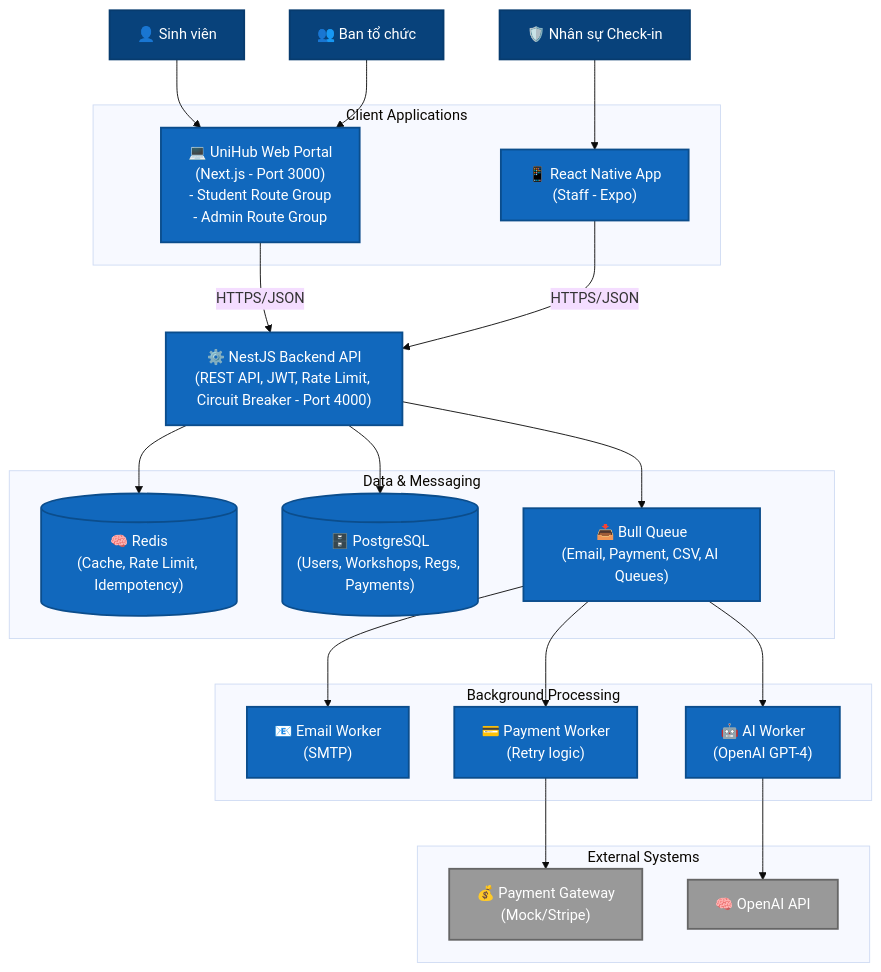
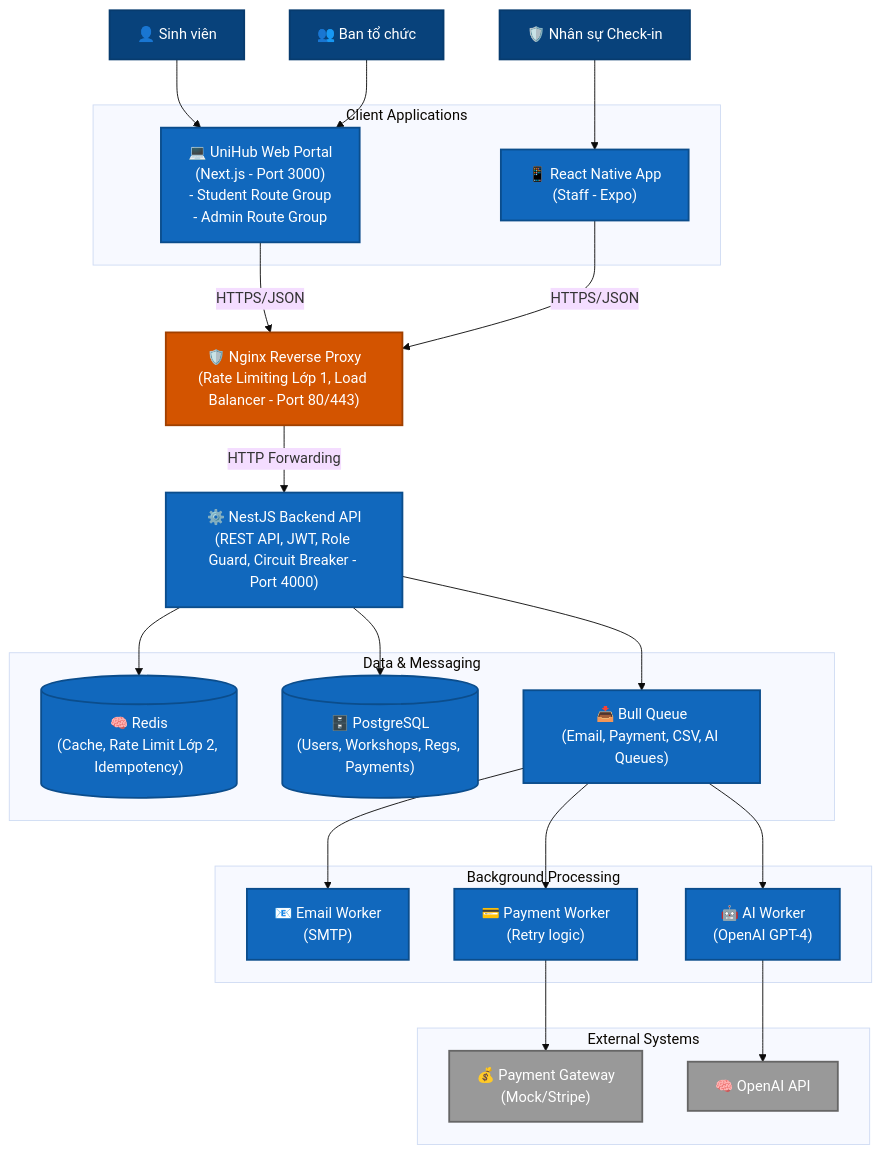
Before and after one commit to Hoang105205/UniHub-Workshop: the second of 4 diagrams in blueprint/design.md, drawn with Mermaid (base theme). The commit also changed other lines of this file and 1 other file, not shown here.

````diff
--- a/blueprint/design.md
+++ b/blueprint/design.md
@@ -101,60 +101,66 @@
 ```mermaid
 graph TD
     %% Định nghĩa Class màu sắc (C4 Standard)
     classDef person fill:#08427b,stroke:#073b6e,color:#ffffff,stroke-width:2px;
     classDef container fill:#1168bd,stroke:#0b4d8c,color:#ffffff,stroke-width:2px;
+    classDef proxy fill:#d35400,stroke:#a04000,color:#ffffff,stroke-width:2px;
     classDef external fill:#999999,stroke:#666666,color:#ffffff,stroke-width:2px;
     classDef database fill:#1168bd,stroke:#0b4d8c,color:#ffffff,stroke-width:2px;
 
     %% Actors
     U1["👤 Sinh viên"]:::person
     U2["👥 Ban tổ chức"]:::person
     U3["🛡️ Nhân sự Check-in"]:::person
 
     %% Frontend Containers
     subgraph UI_Layer [Client Applications]
         WP["💻 UniHub Web Portal<br/>(Next.js - Port 3000)<br/>- Student Route Group<br/>- Admin Route Group"]:::container
         MA["📱 React Native App<br/>(Staff - Expo)"]:::container
     end
 
+    %% Gateway / Proxy
+    NG["🛡️ Nginx Reverse Proxy<br/>(Rate Limiting Lớp 1, Load Balancer - Port 80/443)"]:::proxy
+
     %% Backend Container
-    BE["⚙️ NestJS Backend API<br/>(REST API, JWT, Rate Limit, Circuit Breaker - Port 4000)"]:::container
+    BE["⚙️ NestJS Backend API<br/>(REST API, JWT, Role Guard, Circuit Breaker - Port 4000)"]:::container
 
     %% Data & Queue Containers
     subgraph Storage_Queue [Data & Messaging]
-        RD[("🧠 Redis<br/>(Cache, Rate Limit, Idempotency)")]:::database
+        RD[("🧠 Redis<br/>(Cache, Rate Limit Lớp 2, Idempotency)")]:::database
         DB[("🗄️ PostgreSQL<br/>(Users, Workshops, Regs, Payments)")]:::database
         BQ["📥 Bull Queue<br/>(Email, Payment, CSV, AI Queues)"]:::container
     end
 
     %% Workers & External
     subgraph Workers [Background Processing]
         EW["📧 Email Worker<br/>(SMTP)"]:::container
         PW["💳 Payment Worker<br/>(Retry logic)"]:::container
         AW["🤖 AI Worker<br/>(OpenAI GPT-4)"]:::container
     end
 
     subgraph External [External Systems]
         ExtPG["💰 Payment Gateway<br/>(Mock/Stripe)"]:::external
         ExtAI["🧠 OpenAI API"]:::external
     end
 
     %% Connections
     U1 --> WP
     U2 --> WP
     U3 --> MA
 
-    WP -->|HTTPS/JSON| BE
-    MA -->|HTTPS/JSON| BE
+    WP -->|HTTPS/JSON| NG
+    MA -->|HTTPS/JSON| NG
+
+    NG -->|HTTP Forwarding| BE
 
     BE --> RD
     BE --> DB
     BE --> BQ
 
     BQ --> EW
     BQ --> PW
     BQ --> AW
 
     PW --> ExtPG
     AW --> ExtAI
 ```
````
